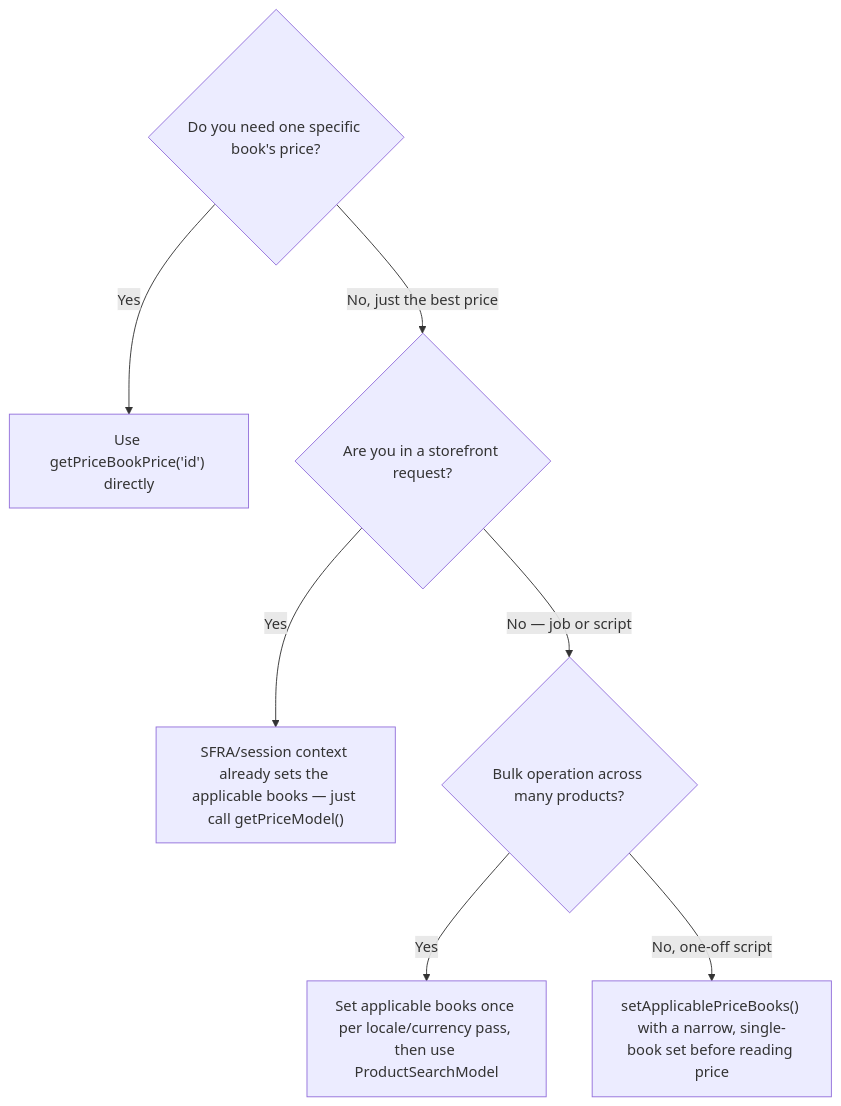
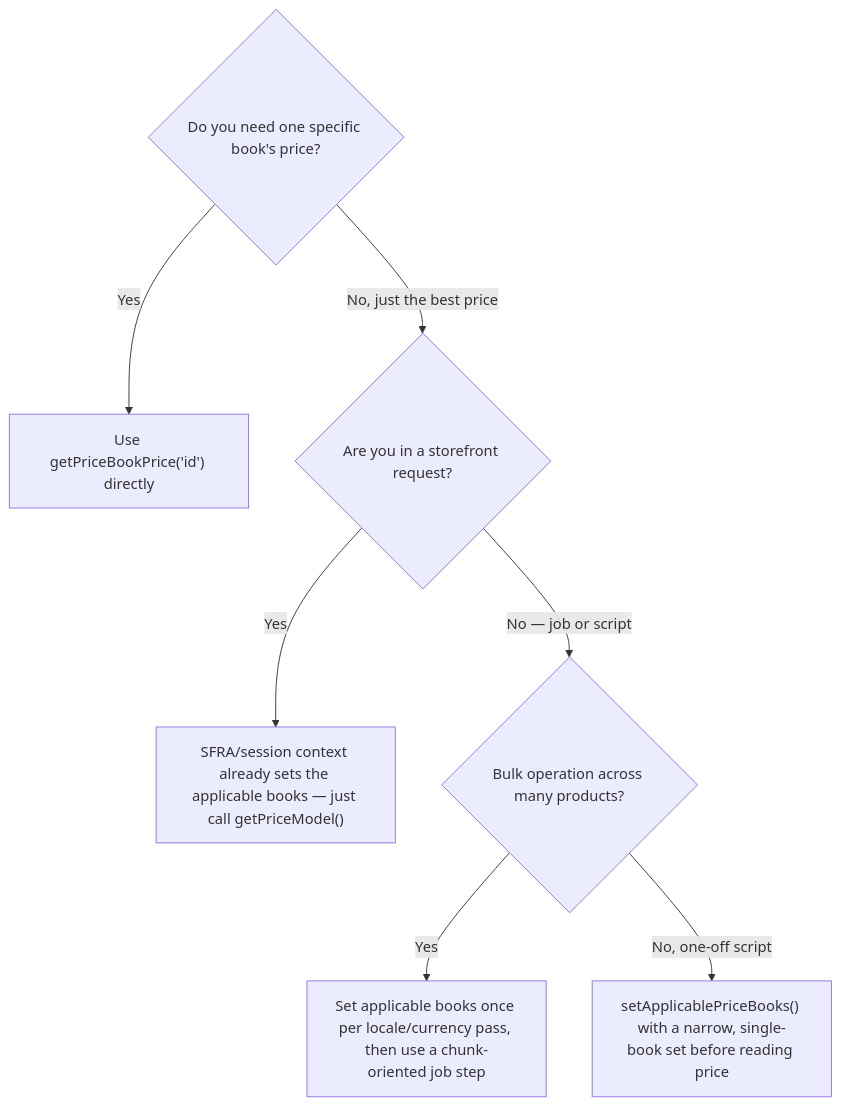
The third of 3 diagrams in src/content/posts/how-sfcc-price-books-actually-work/index.md (taurgis/rhino-inquisitor-com), drawn with Mermaid before and after one commit. The commit also changed other lines of this file and 1 other file, not shown here.

First line of the commit message:
Publish price books post: deep fact-check fixes, plus caching article correction

````diff
--- a/src/content/posts/how-sfcc-price-books-actually-work/index.md
+++ b/src/content/posts/how-sfcc-price-books-actually-work/index.md
@@ -169,9 +177,9 @@
 ```mermaid
 flowchart TD
     Q1{"Do you need one specific book's price?"} -->|"Yes"| A1["Use getPriceBookPrice('id') directly"]
     Q1 -->|"No, just the best price"| Q2{"Are you in a storefront request?"}
     Q2 -->|"Yes"| A2["SFRA/session context already sets the applicable books — just call getPriceModel()"]
     Q2 -->|"No — job or script"| Q3{"Bulk operation across many products?"}
-    Q3 -->|"Yes"| A3["Set applicable books once per locale/currency pass, then use ProductSearchModel"]
+    Q3 -->|"Yes"| A3["Set applicable books once per locale/currency pass, then use a chunk-oriented job step"]
     Q3 -->|"No, one-off script"| A4["setApplicablePriceBooks() with a narrow, single-book set before reading price"]
 ```
````
